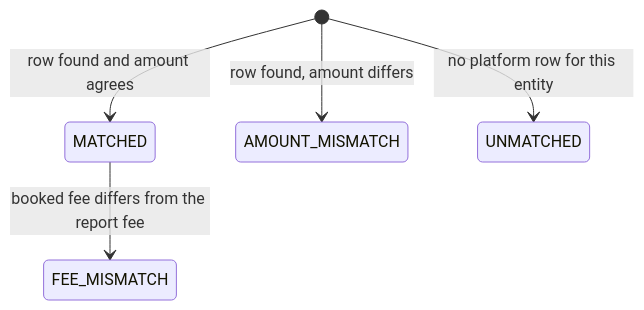
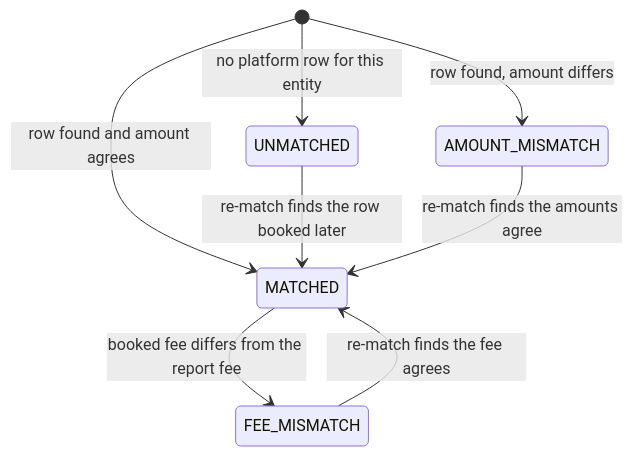
One commit to Practitionist/familiarise_web changed the second of 2 diagrams in docs/finance/20-ledger/05-gateway-clearing-and-settlement.md. Above: the diagram before and after it, drawn with Mermaid. The commit also changed other lines of this file, not shown here.

Commit message:
docs(settlements): a stored settlement line keeps its report fields, and only its match can change
The settlement page still said a line is never edited after it is stored. The
re-match pass updates status, matchedKind, matchedId and note in place when the
missing row is booked later; the fields Razorpay reported never change, and a
real difference with the ledger is still resolved by a correcting journal.

````diff
--- a/docs/finance/20-ledger/05-gateway-clearing-and-settlement.md
+++ b/docs/finance/20-ledger/05-gateway-clearing-and-settlement.md
@@ -75,7 +75,10 @@
 ```mermaid
 stateDiagram-v2
   [*] --> MATCHED: row found and amount agrees
   [*] --> AMOUNT_MISMATCH: row found, amount differs
   [*] --> UNMATCHED: no platform row for this entity
   MATCHED --> FEE_MISMATCH: booked fee differs from the report fee
+  UNMATCHED --> MATCHED: re-match finds the row booked later
+  AMOUNT_MISMATCH --> MATCHED: re-match finds the amounts agree
+  FEE_MISMATCH --> MATCHED: re-match finds the fee agrees
 ```
````
